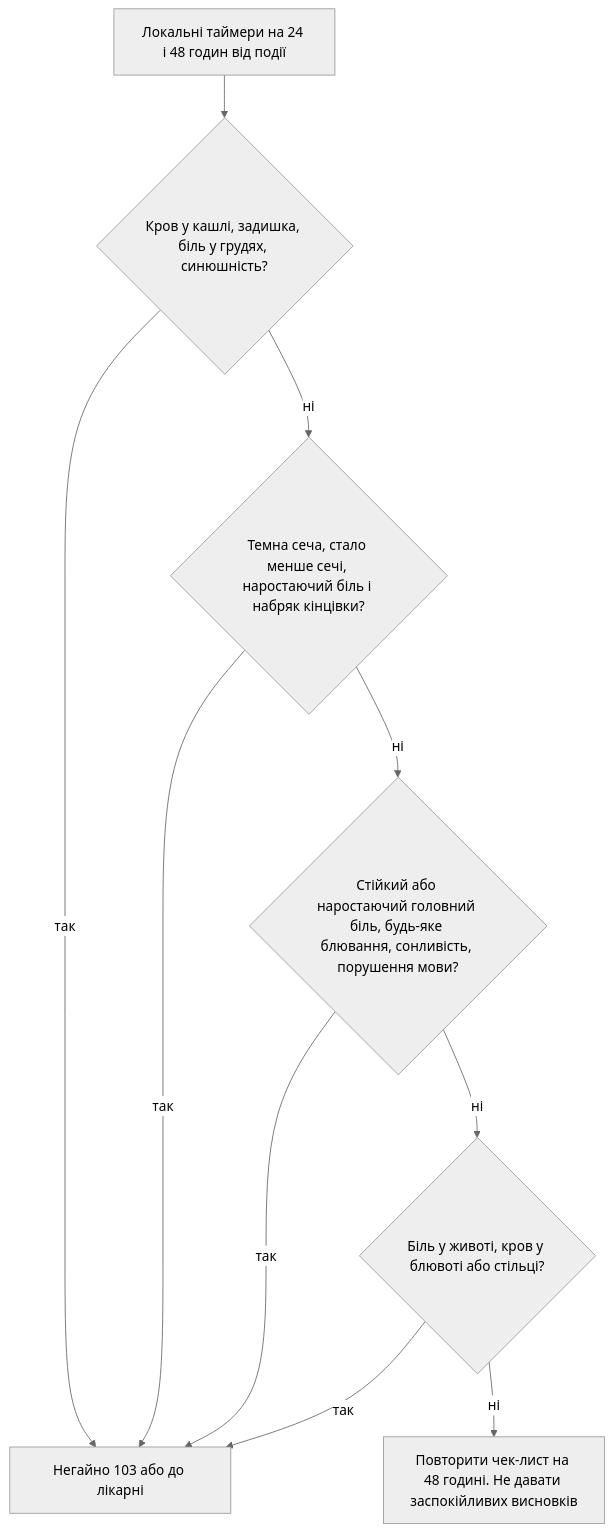
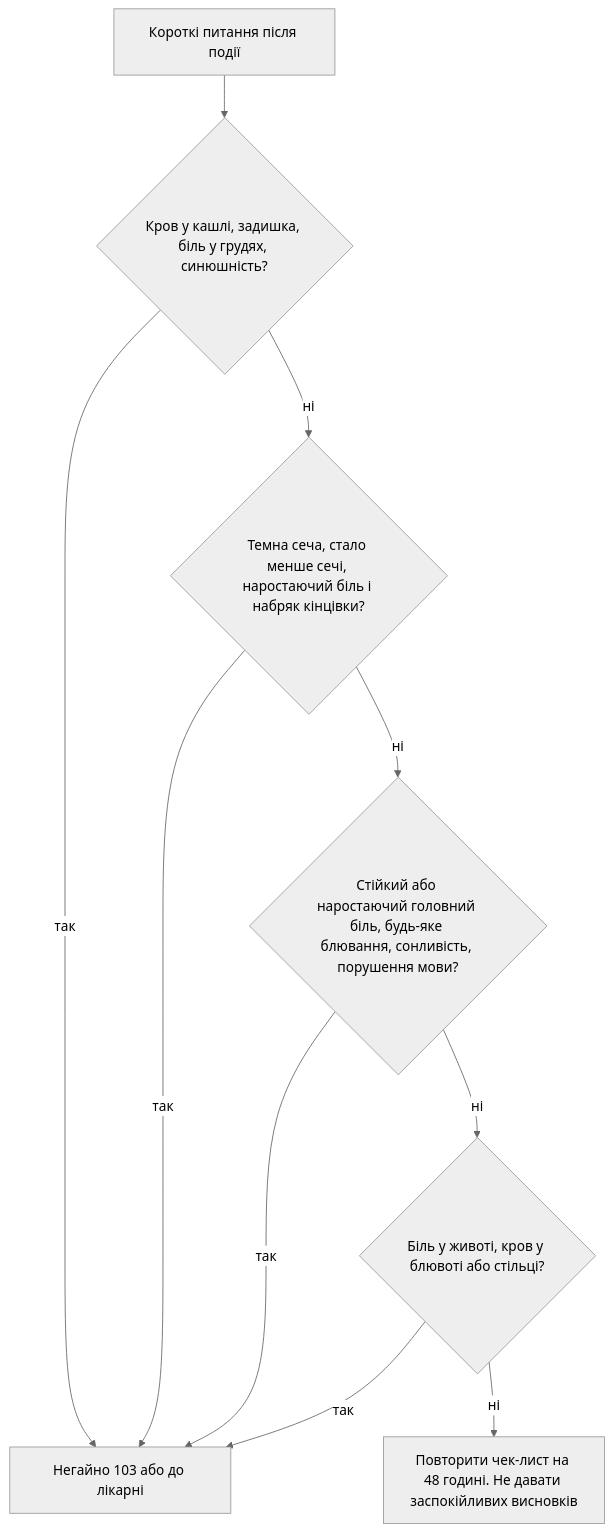
Before and after one commit to kaiserdem/ZeroEchelon: the tenth of 12 diagrams in docs/04-блок-схеми.md, drawn with Mermaid (neutral theme). The commit also changed other lines of this file and 5 other files, not shown here.

````diff
--- a/docs/04-блок-схеми.md
+++ b/docs/04-блок-схеми.md
@@ -228,12 +248,12 @@
 ```mermaid
 flowchart TD
-  I0["Локальні таймери на 24 і 48 годин від події"] --> I1{"Кров у кашлі, задишка, біль у грудях, синюшність?"}
+  I0["Короткі питання після події"] --> I1{"Кров у кашлі, задишка, біль у грудях, синюшність?"}
   I1 -->|"так"| Go["Негайно 103 або до лікарні"]
   I1 -->|"ні"| I2{"Темна сеча, стало менше сечі, наростаючий біль і набряк кінцівки?"}
   I2 -->|"так"| Go
   I2 -->|"ні"| I3{"Стійкий або наростаючий головний біль, будь-яке блювання, сонливість, порушення мови?"}
   I3 -->|"так"| Go
   I3 -->|"ні"| I4{"Біль у животі, кров у блювоті або стільці?"}
   I4 -->|"так"| Go
   I4 -->|"ні"| I5["Повторити чек-лист на 48 годині. Не давати заспокійливих висновків"]
 ```
````
